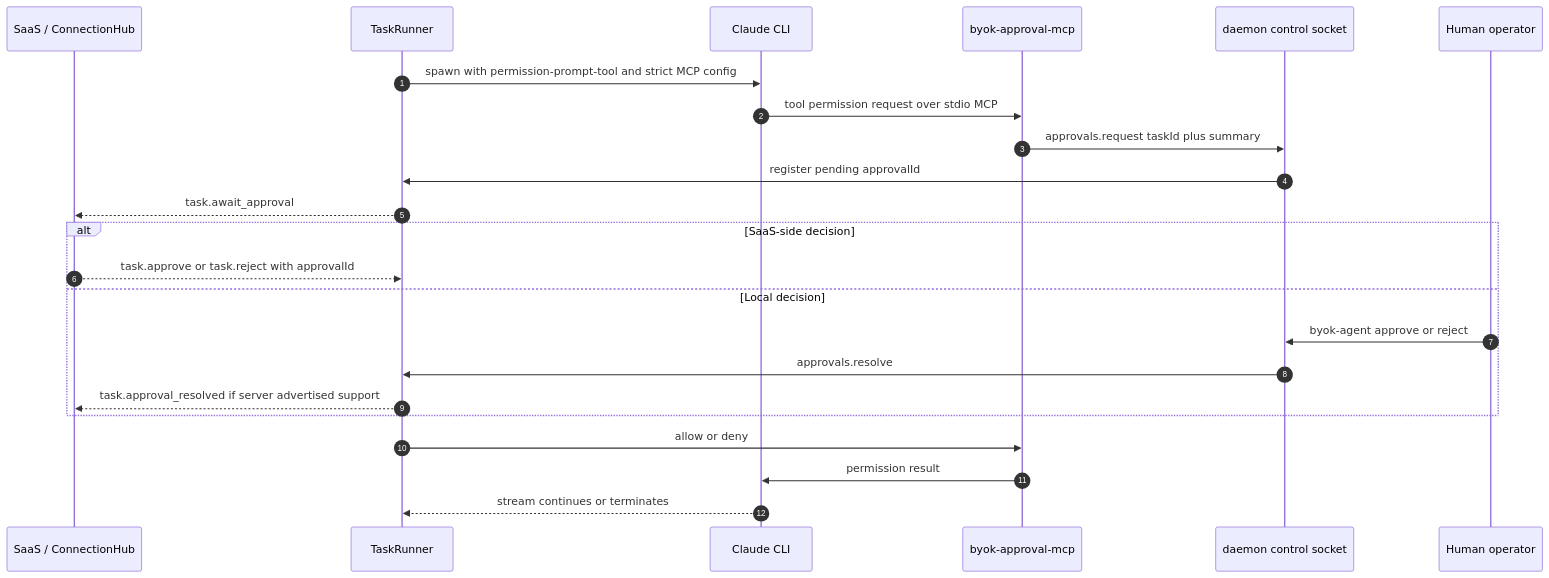
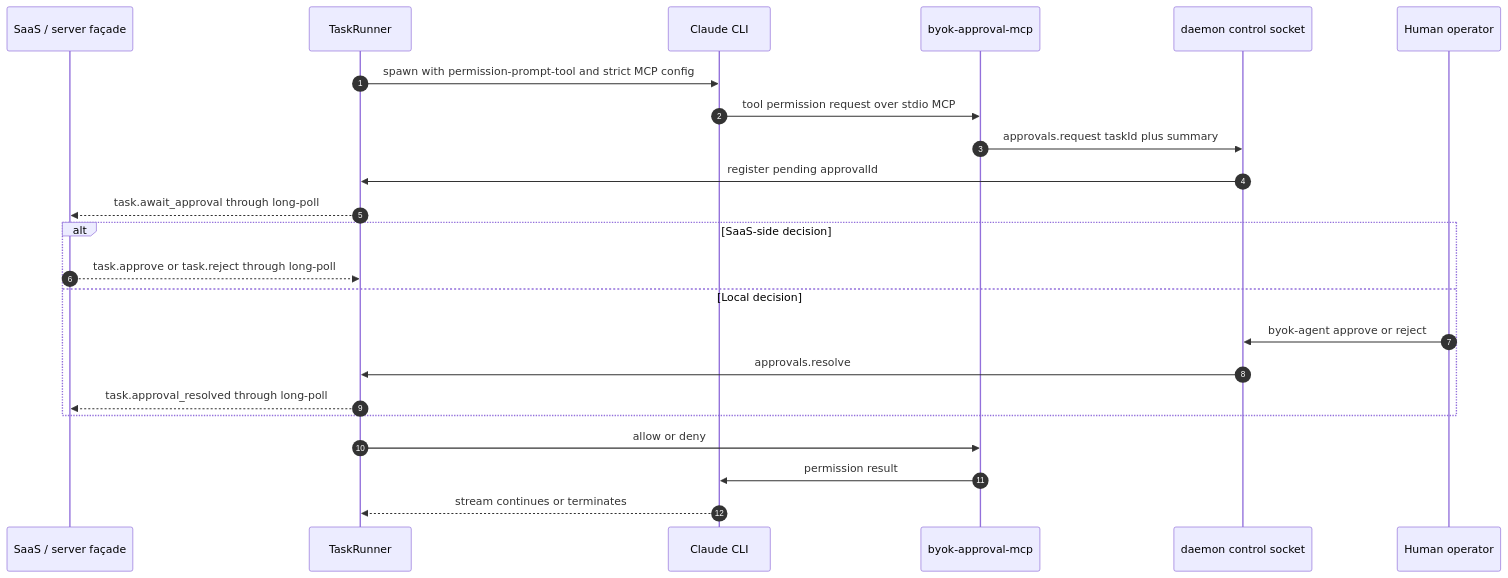
The eighth of 23 diagrams in docs/architecture/sdk-architecture.md (Ancienttwo/byok-sdk), drawn with Mermaid before and after one commit. The commit also changed other lines of this file and 10 other files, not shown here.

Commit message:
docs: align WP3B long-poll-only transport

````diff
--- a/docs/architecture/sdk-architecture.md
+++ b/docs/architecture/sdk-architecture.md
@@ -620,26 +627,26 @@
 ```mermaid
 sequenceDiagram
   autonumber
-  participant S as SaaS / ConnectionHub
+  participant S as SaaS / server façade
   participant TR as TaskRunner
   participant C as Claude CLI
   participant MCP as byok-approval-mcp
   participant IPC as daemon control socket
   participant H as Human operator
 
   TR->>C: spawn with permission-prompt-tool and strict MCP config
   C->>MCP: tool permission request over stdio MCP
   MCP->>IPC: approvals.request taskId plus summary
   IPC->>TR: register pending approvalId
-  TR-->>S: task.await_approval
+  TR-->>S: task.await_approval through long-poll
   alt SaaS-side decision
-    S-->>TR: task.approve or task.reject with approvalId
+    S-->>TR: task.approve or task.reject through long-poll
   else Local decision
     H->>IPC: byok-agent approve or reject
     IPC->>TR: approvals.resolve
-    TR-->>S: task.approval_resolved if server advertised support
+    TR-->>S: task.approval_resolved through long-poll
   end
   TR->>MCP: allow or deny
   MCP->>C: permission result
   C-->>TR: stream continues or terminates
 ```
````
